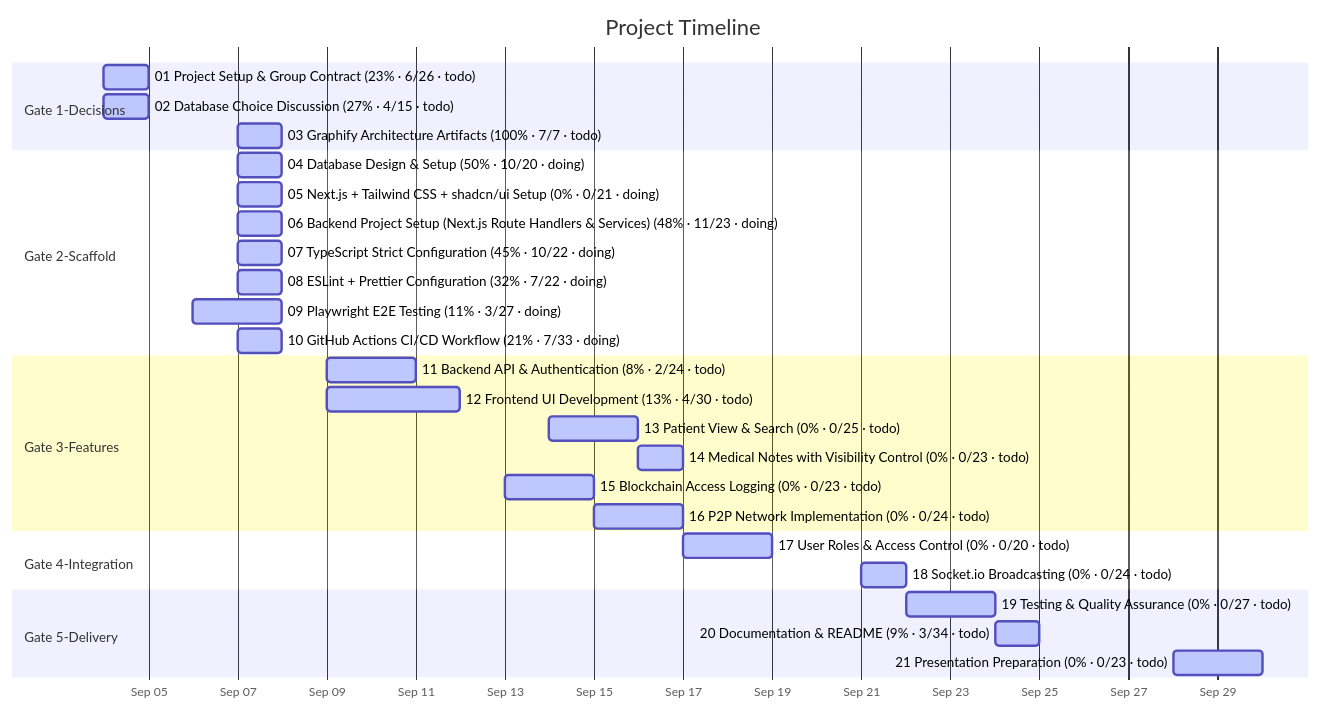
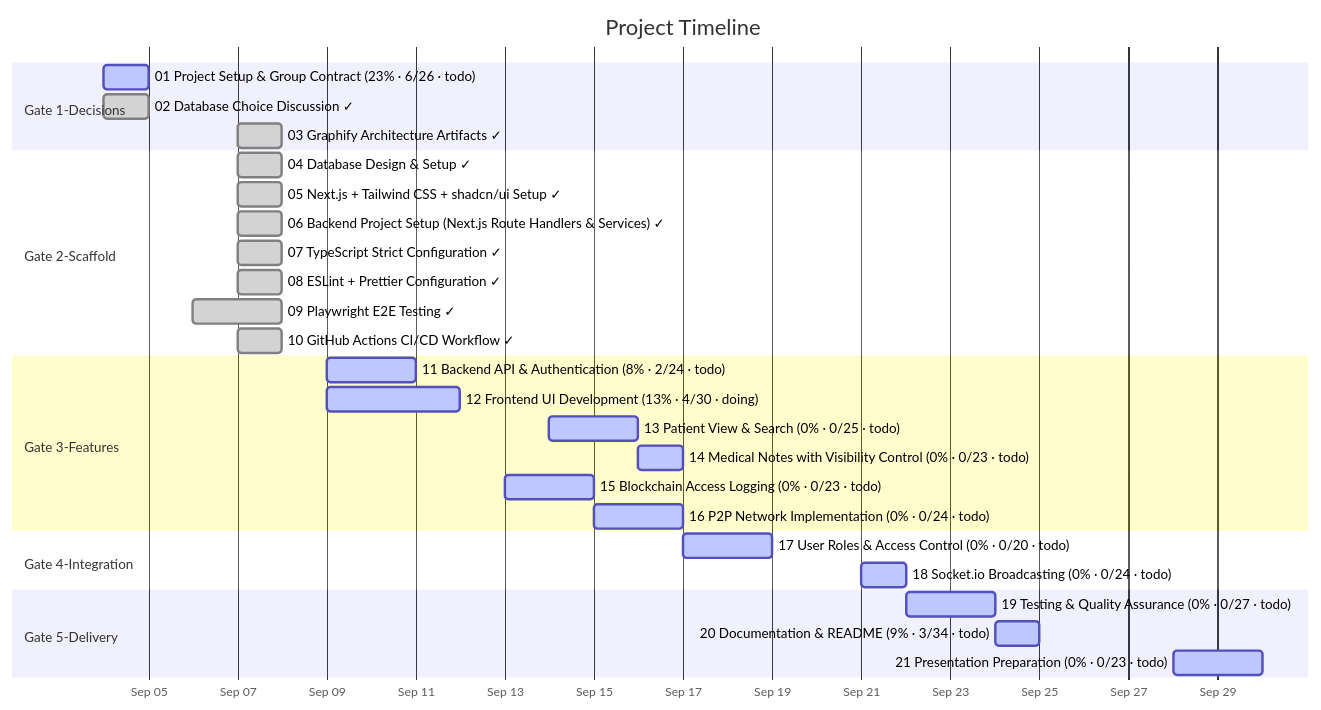
The diagram in docs/diagrams/task-gantt.md (matdevstamp/inl-3-awesome-journal), drawn with Mermaid before and after one commit. The commit also changed 14 other files, not shown here.

````diff
--- a/docs/diagrams/task-gantt.md
+++ b/docs/diagrams/task-gantt.md
@@ -25,33 +25,33 @@
 ```mermaid
 gantt
     title Project Timeline
     dateFormat  YYYY-MM-DD
     axisFormat  %b %d
 
     section Gate 1-Decisions
     01 Project Setup & Group Contract (23% · 6/26 · todo) : active, 2026-09-04, 1d
-    02 Database Choice Discussion (27% · 4/15 · todo) : active, 2026-09-04, 1d
-    03 Graphify Architecture Artifacts (100% · 7/7 · todo) : active, 2026-09-07, 1d
+    02 Database Choice Discussion ✓ : done, 2026-09-04, 1d
+    03 Graphify Architecture Artifacts ✓ : done, 2026-09-07, 1d
     section Gate 2-Scaffold
-    04 Database Design & Setup (50% · 10/20 · doing) : active, 2026-09-07, 1d
-    05 Next.js + Tailwind CSS + shadcn/ui Setup (0% · 0/21 · doing) : active, 2026-09-07, 1d
-    06 Backend Project Setup (Next.js Route Handlers & Services) (48% · 11/23 · doing) : active, 2026-09-07, 1d
-    07 TypeScript Strict Configuration (45% · 10/22 · doing) : active, 2026-09-07, 1d
-    08 ESLint + Prettier Configuration (32% · 7/22 · doing) : active, 2026-09-07, 1d
-    09 Playwright E2E Testing (11% · 3/27 · doing) : active, 2026-09-06, 2d
-    10 GitHub Actions CI/CD Workflow (21% · 7/33 · doing) : active, 2026-09-07, 1d
+    04 Database Design & Setup ✓ : done, 2026-09-07, 1d
+    05 Next.js + Tailwind CSS + shadcn/ui Setup ✓ : done, 2026-09-07, 1d
+    06 Backend Project Setup (Next.js Route Handlers & Services) ✓ : done, 2026-09-07, 1d
+    07 TypeScript Strict Configuration ✓ : done, 2026-09-07, 1d
+    08 ESLint + Prettier Configuration ✓ : done, 2026-09-07, 1d
+    09 Playwright E2E Testing ✓ : done, 2026-09-06, 2d
+    10 GitHub Actions CI/CD Workflow ✓ : done, 2026-09-07, 1d
     section Gate 3-Features
     11 Backend API & Authentication (8% · 2/24 · todo) : active, 2026-09-09, 2d
-    12 Frontend UI Development (13% · 4/30 · todo) : active, 2026-09-09, 3d
+    12 Frontend UI Development (13% · 4/30 · doing) : active, 2026-09-09, 3d
     13 Patient View & Search (0% · 0/25 · todo) : active, 2026-09-14, 2d
     14 Medical Notes with Visibility Control (0% · 0/23 · todo) : active, 2026-09-16, 1d
     15 Blockchain Access Logging (0% · 0/23 · todo) : active, 2026-09-13, 2d
     16 P2P Network Implementation (0% · 0/24 · todo) : active, 2026-09-15, 2d
     section Gate 4-Integration
     17 User Roles & Access Control (0% · 0/20 · todo) : active, 2026-09-17, 2d
     18 Socket.io Broadcasting (0% · 0/24 · todo) : active, 2026-09-21, 1d
     section Gate 5-Delivery
     19 Testing & Quality Assurance (0% · 0/27 · todo) : active, 2026-09-22, 2d
     20 Documentation & README (9% · 3/34 · todo) : active, 2026-09-24, 1d
     21 Presentation Preparation (0% · 0/23 · todo) : active, 2026-09-28, 2d
 ```
````
